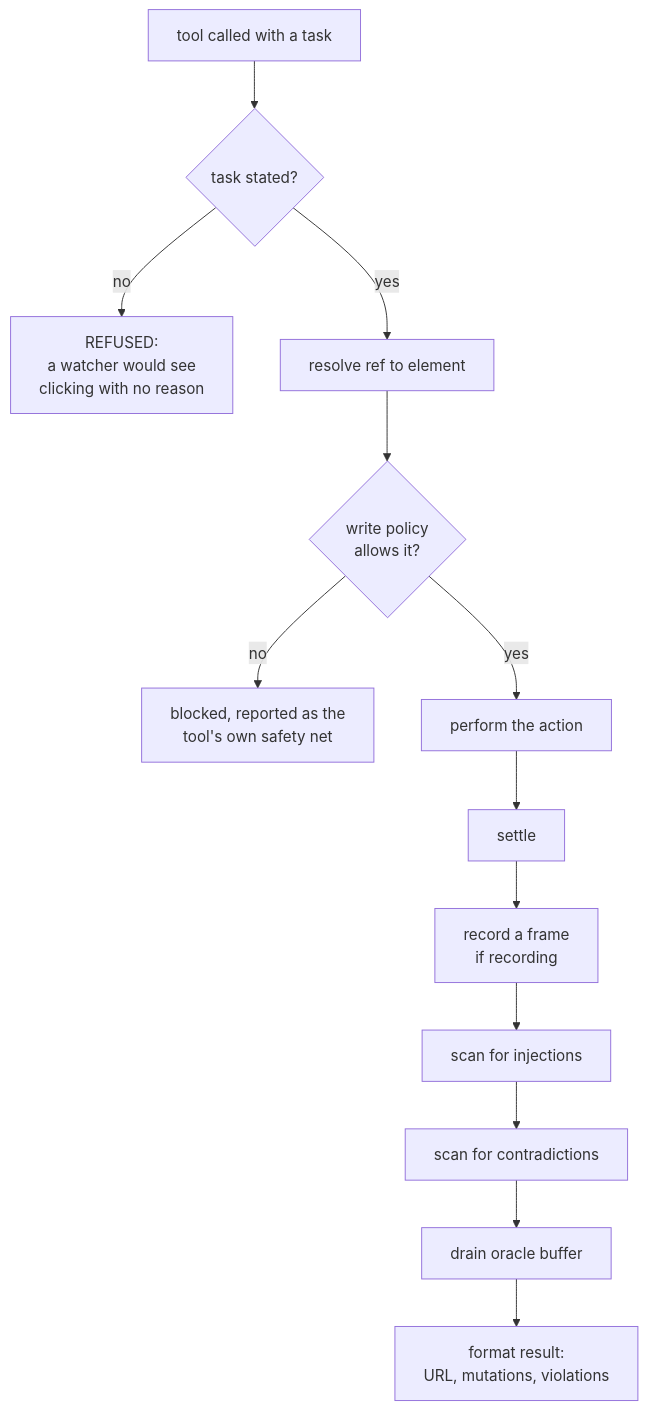
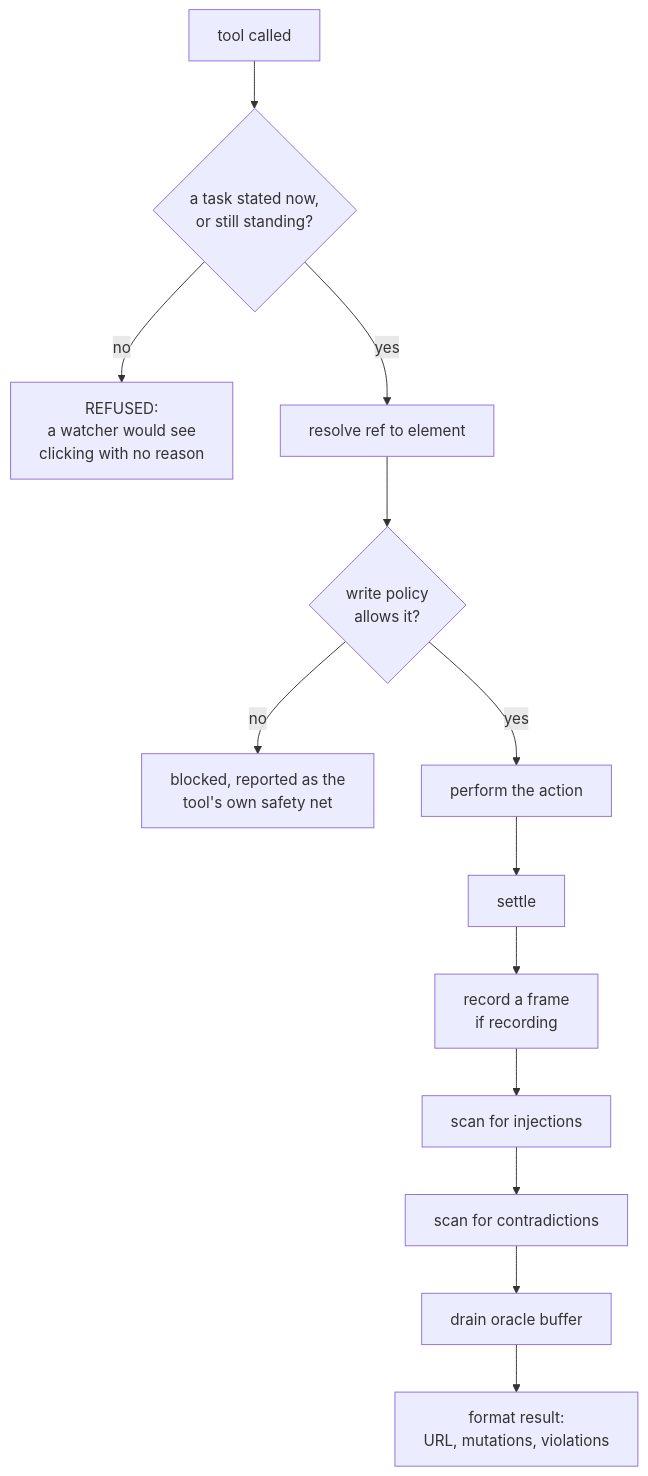
One commit to brunoboto96/SceneScout changed the second of 9 diagrams in docs/how-it-works.md. Above: the diagram before and after it, drawn with Mermaid. The commit also changed other lines of this file and 3 other files, not shown here.

````diff
--- a/docs/how-it-works.md
+++ b/docs/how-it-works.md
@@ -57,15 +57,15 @@
 ```mermaid
 flowchart TD
-    A[tool called with a task] --> B{task stated?}
+    A[tool called] --> B{a task stated now,<br/>or still standing?}
     B -->|no| C[REFUSED:<br/>a watcher would see<br/>clicking with no reason]
     B -->|yes| D[resolve ref to element]
     D --> E{write policy<br/>allows it?}
     E -->|no| F[blocked, reported as the<br/>tool's own safety net]
     E -->|yes| G[perform the action]
     G --> H[settle]
     H --> I[record a frame<br/>if recording]
     I --> J[scan for injections]
     J --> K[scan for contradictions]
     K --> L[drain oracle buffer]
     L --> M[format result:<br/>URL, mutations, violations]
 ```
````
